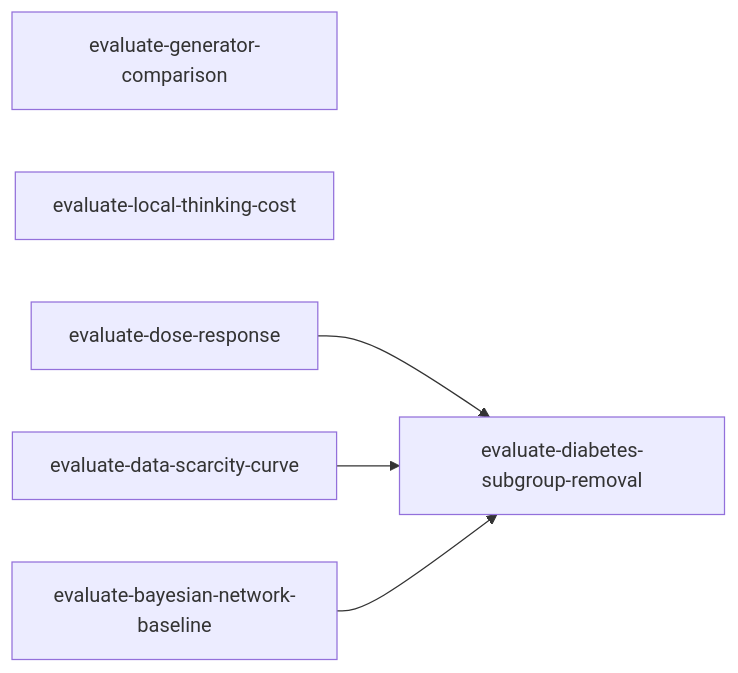
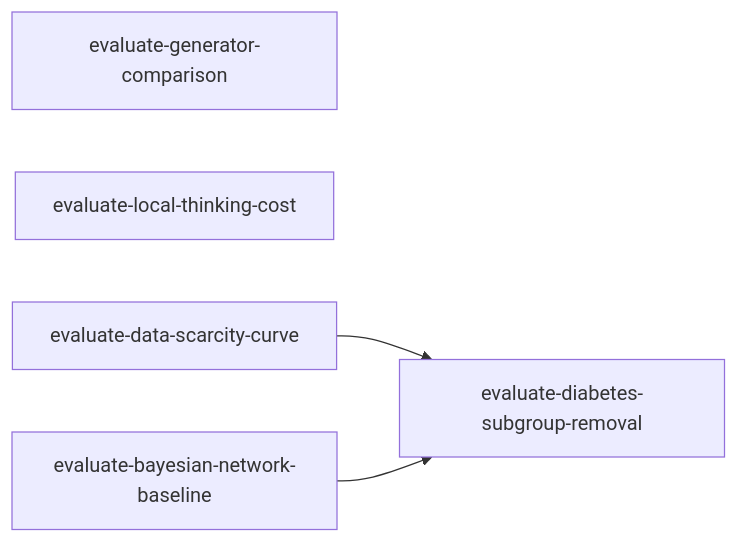
The diagram in tasks/experiments-index.md (joe-dartmouth/synthetic), drawn with Mermaid before and after one commit. The commit also changed other lines of this file and 21 other files, not shown here.

````diff
--- a/tasks/experiments-index.md
+++ b/tasks/experiments-index.md
@@ -30,8 +29,7 @@
 ```mermaid
 flowchart LR
     generator_comparison[evaluate-generator-comparison]
     local_thinking[evaluate-local-thinking-cost]
-    dose_response[evaluate-dose-response] --> diabetes_removal[evaluate-diabetes-subgroup-removal]
-    scarcity_curve[evaluate-data-scarcity-curve] --> diabetes_removal
+    scarcity_curve[evaluate-data-scarcity-curve] --> diabetes_removal[evaluate-diabetes-subgroup-removal]
     bn_baseline[evaluate-bayesian-network-baseline] --> diabetes_removal
 ```
````
